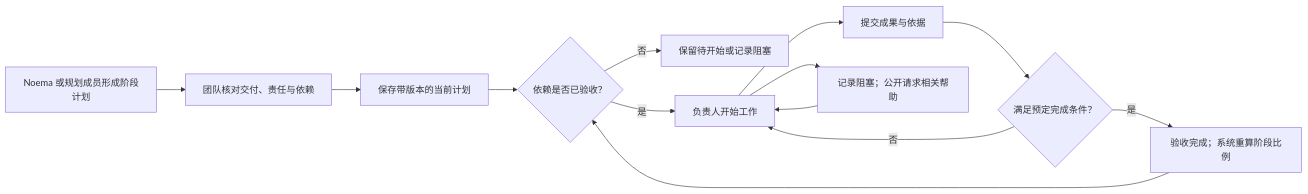
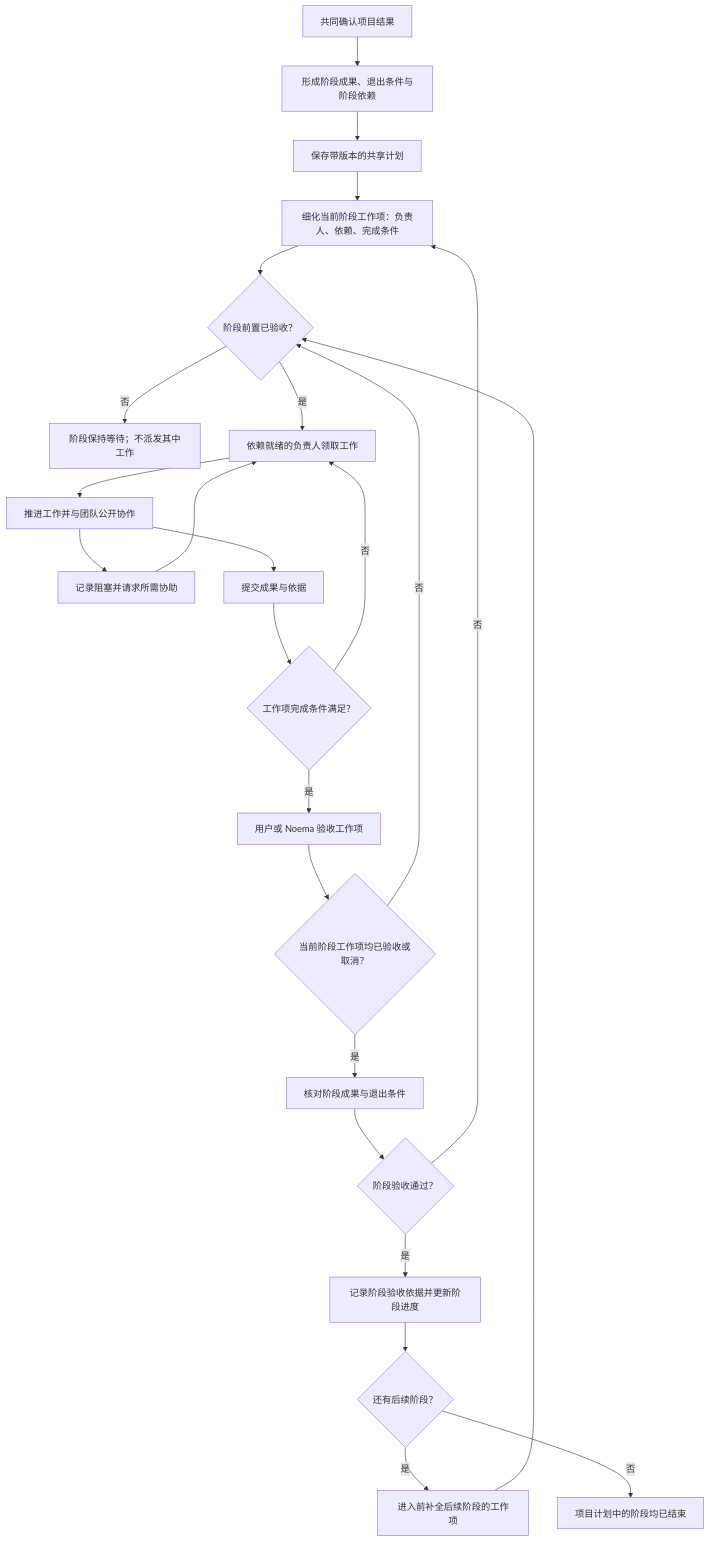
The fourth of 8 diagrams in docs/design/noema-core-flows.md (Noema-Harness/noema-agent), drawn with Mermaid before and after one commit. The commit also changed other lines of this file and 14 other files, not shown here.

````diff
--- a/docs/design/noema-core-flows.md
+++ b/docs/design/noema-core-flows.md
@@ -118,15 +118,26 @@
 ```mermaid
-flowchart LR
-    DRAFT[Noema 或规划成员形成阶段计划] --> ALIGN[团队核对交付、责任与依赖]
-    ALIGN --> SAVE[保存带版本的当前计划]
-    SAVE --> READY{依赖是否已验收？}
-    READY -- 否 --> WAIT[保留待开始或记录阻塞]
-    READY -- 是 --> RUN[负责人开始工作]
-    RUN --> SUBMIT[提交成果与依据]
-    RUN --> BLOCK[记录阻塞；公开请求相关帮助]
-    BLOCK --> RUN
-    SUBMIT --> ACCEPT{满足预定完成条件？}
-    ACCEPT -- 否 --> RUN
-    ACCEPT -- 是 --> DONE[验收完成；系统重算阶段比例]
-    DONE --> READY
+flowchart TD
+    RESULT[共同确认项目结果] --> BREAK[形成阶段成果、退出条件与阶段依赖]
+    BREAK --> SAVE[保存带版本的共享计划]
+    SAVE --> CURRENT[细化当前阶段工作项：负责人、依赖、完成条件]
+    CURRENT --> READY{阶段前置已验收？}
+    READY -- 否 --> WAIT[阶段保持等待；不派发其中工作]
+    READY -- 是 --> PULL[依赖就绪的负责人领取工作]
+    PULL --> WORK[推进工作并与团队公开协作]
+    WORK --> BLOCK[记录阻塞并请求所需协助]
+    BLOCK --> PULL
+    WORK --> SUBMIT[提交成果与依据]
+    SUBMIT --> ITEM{工作项完成条件满足？}
+    ITEM -- 否 --> PULL
+    ITEM -- 是 --> ITEM_DONE[用户或 Noema 验收工作项]
+    ITEM_DONE --> ALL{当前阶段工作项均已验收或取消？}
+    ALL -- 否 --> READY
+    ALL -- 是 --> GATE[核对阶段成果与退出条件]
+    GATE --> PHASE{阶段验收通过？}
+    PHASE -- 否 --> CURRENT
+    PHASE -- 是 --> PHASE_DONE[记录阶段验收依据并更新阶段进度]
+    PHASE_DONE --> NEXT{还有后续阶段？}
+    NEXT -- 是 --> DETAIL[进入前补全后续阶段的工作项]
+    DETAIL --> READY
+    NEXT -- 否 --> COMPLETE[项目计划中的阶段均已结束]
 ```
````
